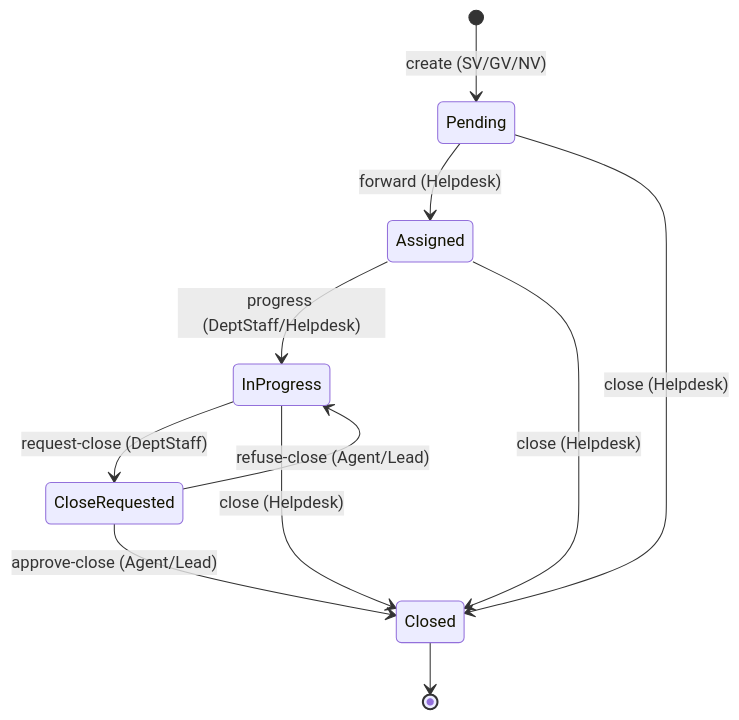
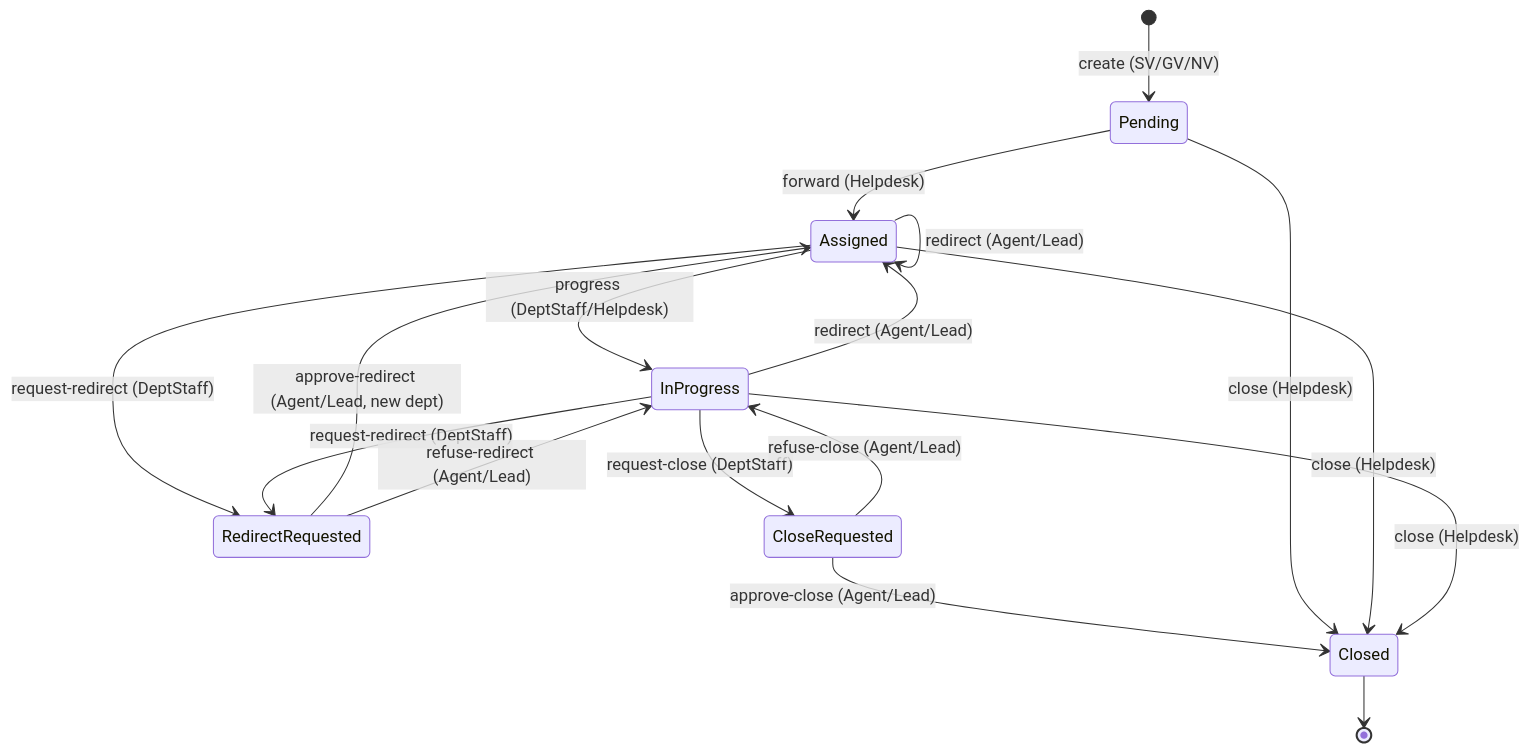
One commit to nguyentr02/UMS-HELPDESK-TICKET changed the fifth of 5 diagrams in docs/feature-plan.md. Above: the diagram before and after it, drawn with Mermaid. The commit also changed other lines of this file and 25 other files, not shown here.

````diff
--- a/docs/feature-plan.md
+++ b/docs/feature-plan.md
@@ -809,13 +816,19 @@
 ```mermaid
 stateDiagram-v2
   [*] --> Pending: create (SV/GV/NV)
   Pending --> Assigned: forward (Helpdesk)
   Assigned --> InProgress: progress (DeptStaff/Helpdesk)
+  Assigned --> Assigned: redirect (Agent/Lead)
+  InProgress --> Assigned: redirect (Agent/Lead)
+  Assigned --> RedirectRequested: request-redirect (DeptStaff)
+  InProgress --> RedirectRequested: request-redirect (DeptStaff)
+  RedirectRequested --> Assigned: approve-redirect (Agent/Lead, new dept)
+  RedirectRequested --> InProgress: refuse-redirect (Agent/Lead)
   InProgress --> CloseRequested: request-close (DeptStaff)
   CloseRequested --> Closed: approve-close (Agent/Lead)
   CloseRequested --> InProgress: refuse-close (Agent/Lead)
   Pending --> Closed: close (Helpdesk)
   Assigned --> Closed: close (Helpdesk)
   InProgress --> Closed: close (Helpdesk)
   Closed --> [*]
 ```
````
